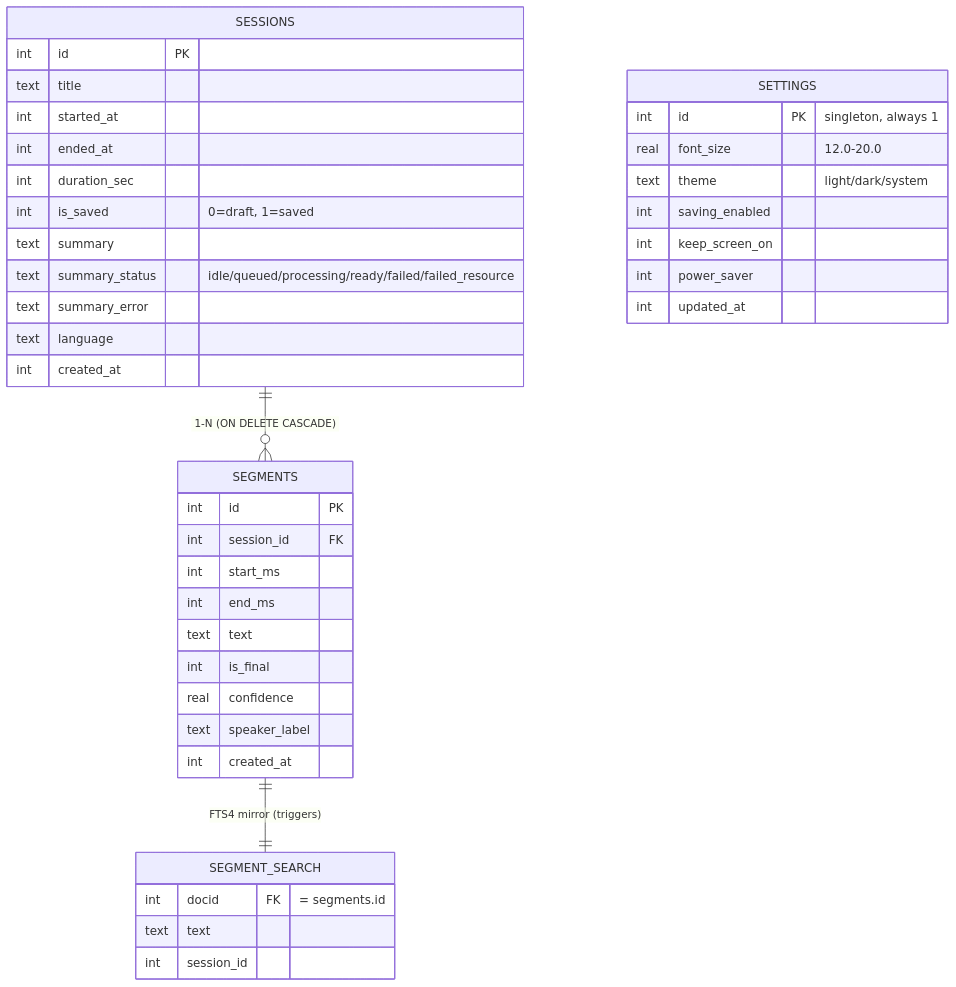
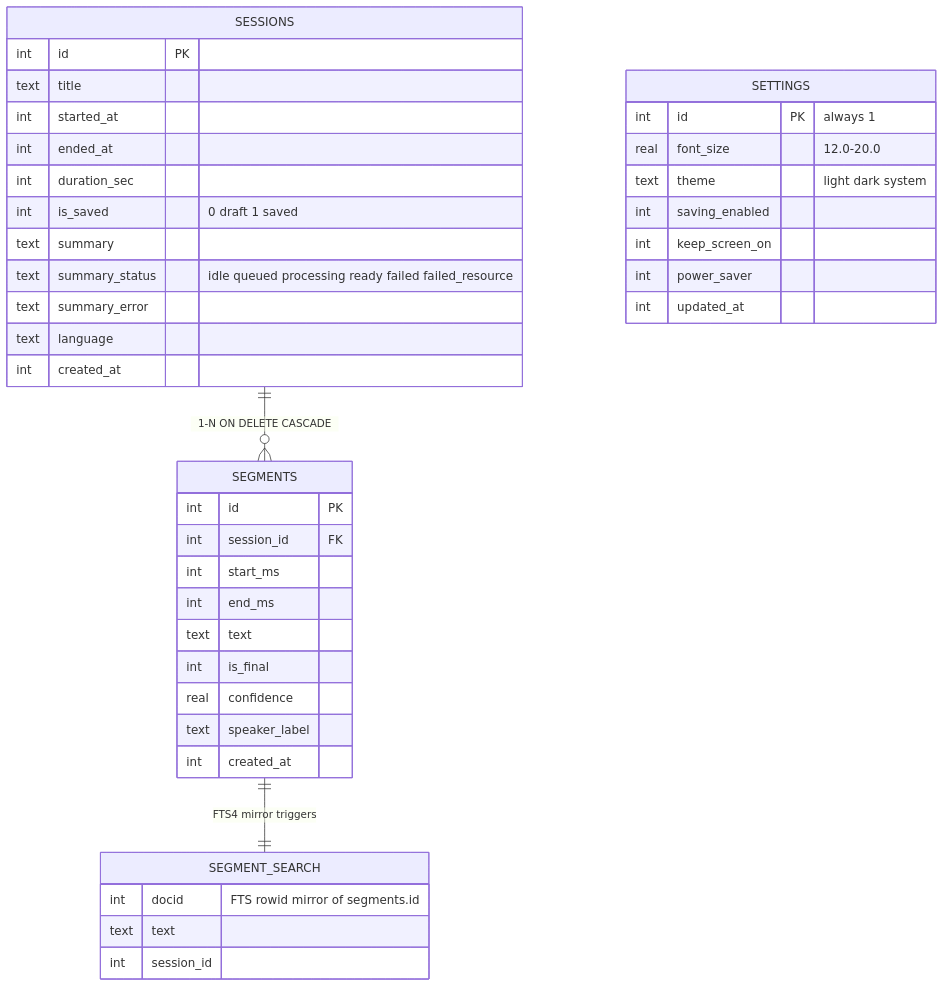
The tenth of 10 diagrams in README.md (nustechnology/Transcribe-Summarize-ClearHear), drawn with Mermaid before and after one commit. The commit also changed other lines of this file and 2 other files, not shown here.

````diff
--- a/README.md
+++ b/README.md
@@ -291,44 +506,47 @@
 ```mermaid
 erDiagram
-    SESSIONS ||--o{ SEGMENTS : "1-N (ON DELETE CASCADE)"
-    SEGMENTS ||--|| SEGMENT_SEARCH : "FTS4 mirror (triggers)"
+  SESSIONS ||--o{ SEGMENTS : "1-N ON DELETE CASCADE"
+  SEGMENTS ||--|| SEGMENT_SEARCH : "FTS4 mirror triggers"
 
-    SESSIONS {
-        int id PK
-        text title
-        int started_at
-        int ended_at
-        int duration_sec
-        int is_saved "0=draft, 1=saved"
-        text summary
-        text summary_status "idle/queued/processing/ready/failed/failed_resource"
-        text summary_error
-        text language
-        int created_at
-    }
-    SEGMENTS {
-        int id PK
-        int session_id FK
-        int start_ms
-        int end_ms
-        text text
-        int is_final
-        real confidence
-        text speaker_label
-        int created_at
-    }
-    SETTINGS {
-        int id PK "singleton, always 1"
-        real font_size "12.0-20.0"
-        text theme "light/dark/system"
-        int saving_enabled
-        int keep_screen_on
-        int power_saver
-        int updated_at
-    }
-    SEGMENT_SEARCH {
-        int docid FK "= segments.id"
-        text text
-        int session_id
-    }
+  SESSIONS {
+    int id PK
+    text title
+    int started_at
+    int ended_at
+    int duration_sec
+    int is_saved "0 draft 1 saved"
+    text summary
+    text summary_status "idle queued processing ready failed failed_resource"
+    text summary_error
+    text language
+    int created_at
+  }
+
+  SEGMENTS {
+    int id PK
+    int session_id FK
+    int start_ms
+    int end_ms
+    text text
+    int is_final
+    real confidence
+    text speaker_label
+    int created_at
+  }
+
+  SETTINGS {
+    int id PK "always 1"
+    real font_size "12.0-20.0"
+    text theme "light dark system"
+    int saving_enabled
+    int keep_screen_on
+    int power_saver
+    int updated_at
+  }
+
+  SEGMENT_SEARCH {
+    int docid "FTS rowid mirror of segments.id"
+    text text
+    int session_id
+  }
 ```
````
